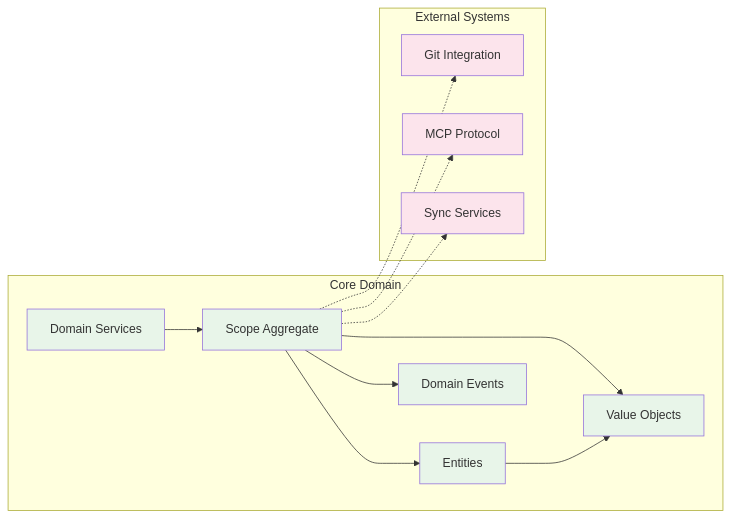
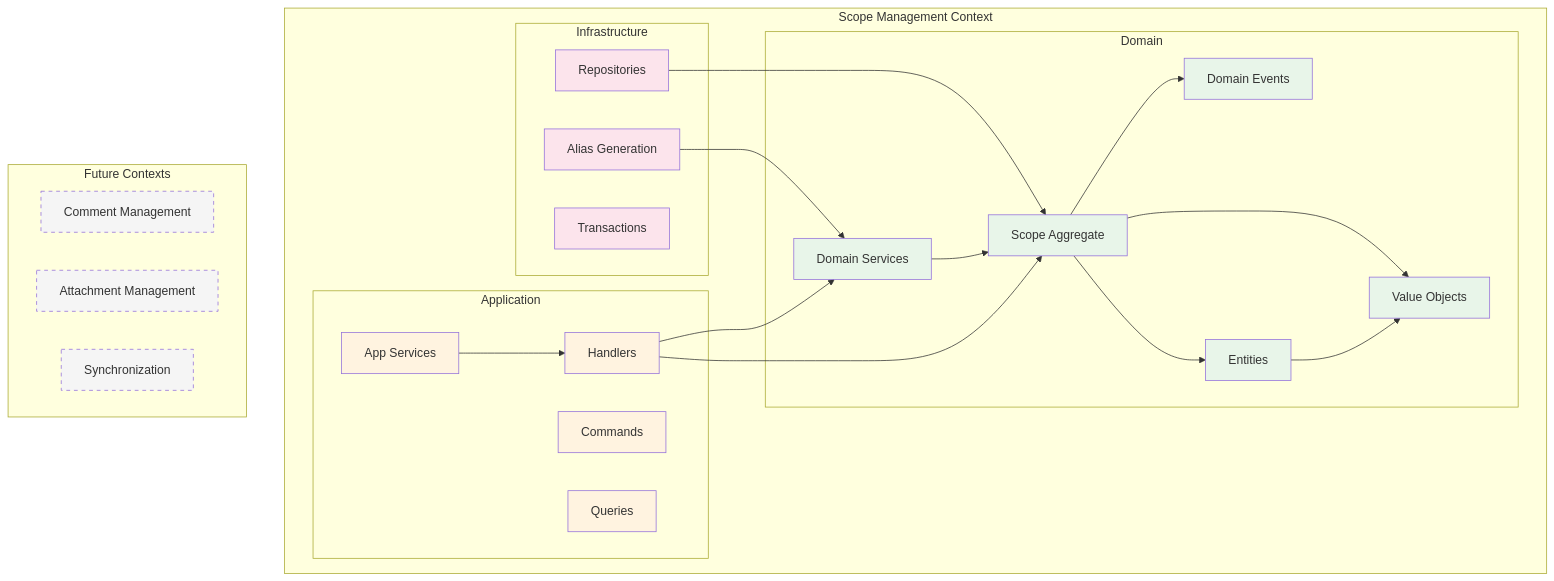
The diagram in docs/explanation/domain-driven-design.md (kamiazya/scopes), drawn with Mermaid before and after one commit. The commit also changed other lines of this file and 2 other files, not shown here.

First line of the commit message:
docs: Update architecture documentation to reflect refactored structure

````diff
--- a/docs/explanation/domain-driven-design.md
+++ b/docs/explanation/domain-driven-design.md
@@ -11,32 +11,54 @@
 ```mermaid
-graph LR
-    subgraph "Core Domain"
-        AGG[Scope Aggregate]
-        ENT[Entities]
-        VO[Value Objects]
-        EVT[Domain Events]
-        SVC[Domain Services]
+graph TB
+    subgraph "Scope Management Context"
+        subgraph "Domain"
+            AGG[Scope Aggregate]
+            ENT[Entities]
+            VO[Value Objects]
+            EVT[Domain Events]
+            SVC[Domain Services]
+        end
+        
+        subgraph "Application"
+            CMD[Commands]
+            QRY[Queries]
+            HANDLER[Handlers]
+            APPSVC[App Services]
+        end
+        
+        subgraph "Infrastructure"
+            REPO[Repositories]
+            ALIAS[Alias Generation]
+            TRANS[Transactions]
+        end
     end
     
-    subgraph "External Systems"
-        GIT[Git Integration]
-        MCP[MCP Protocol]
-        SYNC[Sync Services]
+    subgraph "Future Contexts"
+        CMT[Comment Management]
+        ATT[Attachment Management]
+        SYNC[Synchronization]
     end
     
     AGG --> ENT
     AGG --> VO
     AGG --> EVT
     ENT --> VO
     SVC --> AGG
     
-    AGG -.-> GIT
-    AGG -.-> MCP
-    AGG -.-> SYNC
+    HANDLER --> AGG
+    HANDLER --> SVC
+    APPSVC --> HANDLER
     
-    classDef internal fill:#e8f5e9
-    classDef external fill:#fce4ec
+    REPO --> AGG
+    ALIAS --> SVC
     
-    class AGG,ENT,VO,EVT,SVC internal
-    class GIT,MCP,SYNC external
+    classDef domain fill:#e8f5e9
+    classDef application fill:#fff3e0
+    classDef infrastructure fill:#fce4ec
+    classDef future fill:#f5f5f5,stroke-dasharray: 5 5
+    
+    class AGG,ENT,VO,EVT,SVC domain
+    class CMD,QRY,HANDLER,APPSVC application
+    class REPO,ALIAS,TRANS infrastructure
+    class CMT,ATT,SYNC future
 ```
````
